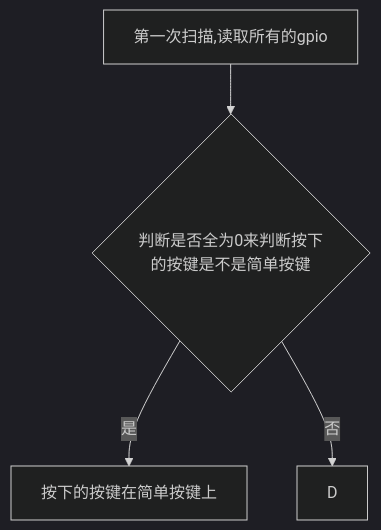
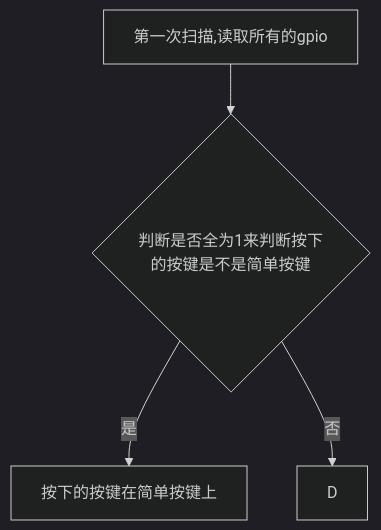
One commit to sanchuanhehe/f18854.X changed the diagram in README.md. Above: the diagram before and after it, drawn with Mermaid (dark theme). The commit also changed other lines of this file and 1 other file, not shown here.

````diff
--- a/README.md
+++ b/README.md
@@ -17,6 +13,6 @@
 ```mermaid
 graph TD
-	A[第一次扫描,读取所有的gpio] --> B{判断是否全为0来判断按下的按键是不是简单按键}
+	A[第一次扫描,读取所有的gpio] --> B{判断是否全为1来判断按下的按键是不是简单按键}
 	B -->|是| C[按下的按键在简单按键上]
 	B -->|否| D
 ```
````
